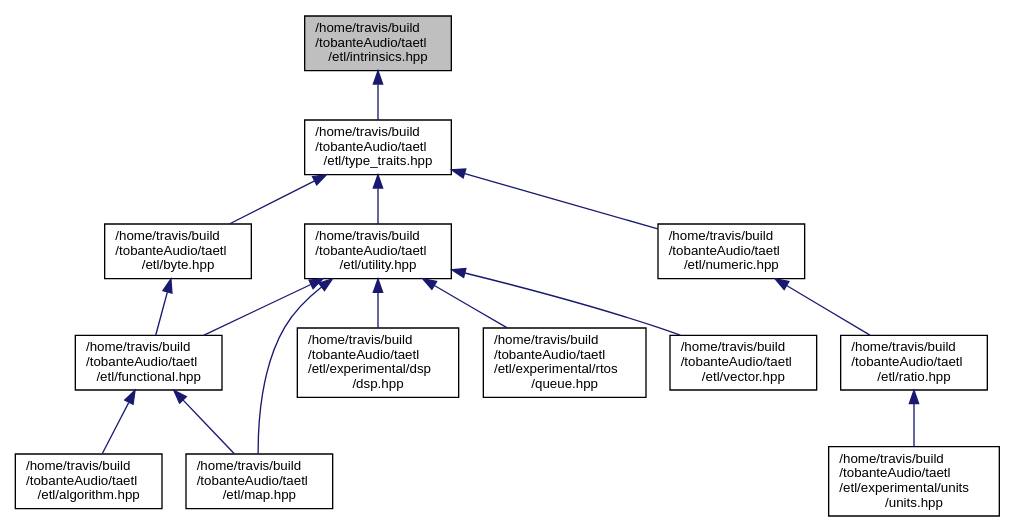
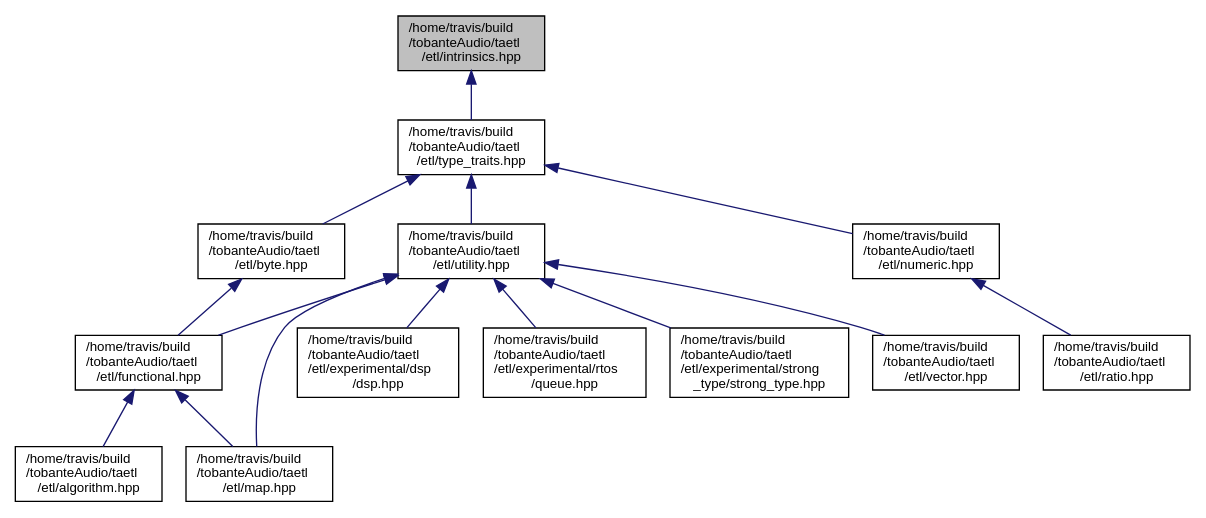
One commit to tobanteAudio/taetl changed the diagram in intrinsics_8hpp__dep__incl.dot. Above: the diagram before and after it, drawn with Graphviz. The commit also changed 187 other files, not shown here.

Commit message:
Deploy tobanteAudio/taetl to github.com/tobanteAudio/taetl.git:gh-pages

```diff
--- a/intrinsics_8hpp__dep__incl.dot
+++ b/intrinsics_8hpp__dep__incl.dot
@@ -1,32 +1,32 @@
 digraph "/home/travis/build/tobanteAudio/taetl/etl/intrinsics.hpp"
 {
   edge [fontname="Helvetica",fontsize="10",labelfontname="Helvetica",labelfontsize="10"];
   node [fontname="Helvetica",fontsize="10",shape=record];
   Node1 [label="/home/travis/build\l/tobanteAudio/taetl\l/etl/intrinsics.hpp",height=0.2,width=0.4,color="black", fillcolor="grey75", style="filled", fontcolor="black"];
   Node1 -> Node2 [dir="back",color="midnightblue",fontsize="10",style="solid",fontname="Helvetica"];
   Node2 [label="/home/travis/build\l/tobanteAudio/taetl\l/etl/type_traits.hpp",height=0.2,width=0.4,color="black", fillcolor="white", style="filled",URL="$type__traits_8hpp.html"];
   Node2 -> Node3 [dir="back",color="midnightblue",fontsize="10",style="solid",fontname="Helvetica"];
   Node3 [label="/home/travis/build\l/tobanteAudio/taetl\l/etl/byte.hpp",height=0.2,width=0.4,color="black", fillcolor="white", style="filled",URL="$byte_8hpp.html"];
   Node3 -> Node4 [dir="back",color="midnightblue",fontsize="10",style="solid",fontname="Helvetica"];
   Node4 [label="/home/travis/build\l/tobanteAudio/taetl\l/etl/functional.hpp",height=0.2,width=0.4,color="black", fillcolor="white", style="filled",URL="$functional_8hpp.html"];
   Node4 -> Node5 [dir="back",color="midnightblue",fontsize="10",style="solid",fontname="Helvetica"];
   Node5 [label="/home/travis/build\l/tobanteAudio/taetl\l/etl/algorithm.hpp",height=0.2,width=0.4,color="black", fillcolor="white", style="filled",URL="$algorithm_8hpp.html"];
   Node4 -> Node6 [dir="back",color="midnightblue",fontsize="10",style="solid",fontname="Helvetica"];
   Node6 [label="/home/travis/build\l/tobanteAudio/taetl\l/etl/map.hpp",height=0.2,width=0.4,color="black", fillcolor="white", style="filled",URL="$map_8hpp.html"];
   Node2 -> Node7 [dir="back",color="midnightblue",fontsize="10",style="solid",fontname="Helvetica"];
   Node7 [label="/home/travis/build\l/tobanteAudio/taetl\l/etl/utility.hpp",height=0.2,width=0.4,color="black", fillcolor="white", style="filled",URL="$utility_8hpp.html"];
   Node7 -> Node4 [dir="back",color="midnightblue",fontsize="10",style="solid",fontname="Helvetica"];
   Node7 -> Node8 [dir="back",color="midnightblue",fontsize="10",style="solid",fontname="Helvetica"];
   Node8 [label="/home/travis/build\l/tobanteAudio/taetl\l/etl/experimental/dsp\l/dsp.hpp",height=0.2,width=0.4,color="black", fillcolor="white", style="filled",URL="$dsp_8hpp.html"];
   Node7 -> Node9 [dir="back",color="midnightblue",fontsize="10",style="solid",fontname="Helvetica"];
   Node9 [label="/home/travis/build\l/tobanteAudio/taetl\l/etl/experimental/rtos\l/queue.hpp",height=0.2,width=0.4,color="black", fillcolor="white", style="filled",URL="$queue_8hpp.html"];
+  Node7 -> Node10 [dir="back",color="midnightblue",fontsize="10",style="solid",fontname="Helvetica"];
+  Node10 [label="/home/travis/build\l/tobanteAudio/taetl\l/etl/experimental/strong\l_type/strong_type.hpp",height=0.2,width=0.4,color="black", fillcolor="white", style="filled",URL="$strong__type_8hpp.html"];
   Node7 -> Node6 [dir="back",color="midnightblue",fontsize="10",style="solid",fontname="Helvetica"];
-  Node7 -> Node10 [dir="back",color="midnightblue",fontsize="10",style="solid",fontname="Helvetica"];
-  Node10 [label="/home/travis/build\l/tobanteAudio/taetl\l/etl/vector.hpp",height=0.2,width=0.4,color="black", fillcolor="white", style="filled",URL="$vector_8hpp.html"];
-  Node2 -> Node11 [dir="back",color="midnightblue",fontsize="10",style="solid",fontname="Helvetica"];
-  Node11 [label="/home/travis/build\l/tobanteAudio/taetl\l/etl/numeric.hpp",height=0.2,width=0.4,color="black", fillcolor="white", style="filled",URL="$numeric_8hpp.html"];
-  Node11 -> Node12 [dir="back",color="midnightblue",fontsize="10",style="solid",fontname="Helvetica"];
-  Node12 [label="/home/travis/build\l/tobanteAudio/taetl\l/etl/ratio.hpp",height=0.2,width=0.4,color="black", fillcolor="white", style="filled",URL="$ratio_8hpp.html"];
+  Node7 -> Node11 [dir="back",color="midnightblue",fontsize="10",style="solid",fontname="Helvetica"];
+  Node11 [label="/home/travis/build\l/tobanteAudio/taetl\l/etl/vector.hpp",height=0.2,width=0.4,color="black", fillcolor="white", style="filled",URL="$vector_8hpp.html"];
+  Node2 -> Node12 [dir="back",color="midnightblue",fontsize="10",style="solid",fontname="Helvetica"];
+  Node12 [label="/home/travis/build\l/tobanteAudio/taetl\l/etl/numeric.hpp",height=0.2,width=0.4,color="black", fillcolor="white", style="filled",URL="$numeric_8hpp.html"];
   Node12 -> Node13 [dir="back",color="midnightblue",fontsize="10",style="solid",fontname="Helvetica"];
-  Node13 [label="/home/travis/build\l/tobanteAudio/taetl\l/etl/experimental/units\l/units.hpp",height=0.2,width=0.4,color="black", fillcolor="white", style="filled",URL="$units_8hpp.html"];
+  Node13 [label="/home/travis/build\l/tobanteAudio/taetl\l/etl/ratio.hpp",height=0.2,width=0.4,color="black", fillcolor="white", style="filled",URL="$ratio_8hpp.html"];
 }
```
